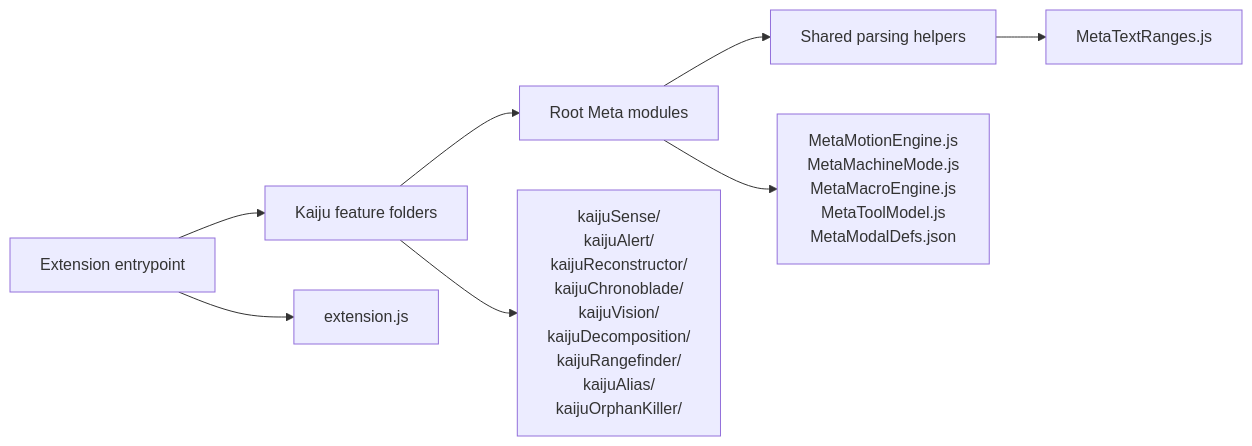
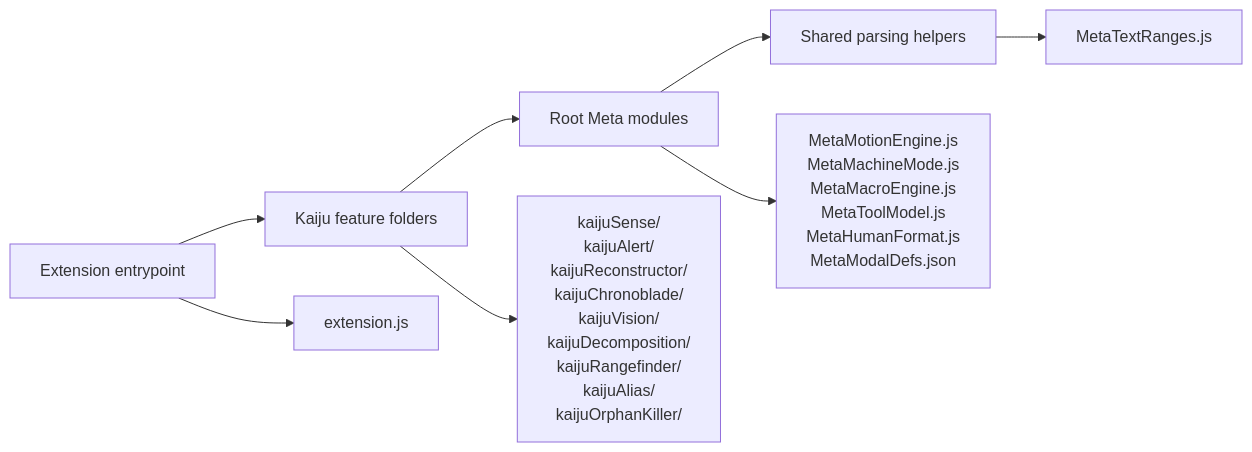
One commit to The-paulster/kaiju.nc changed the second of 2 diagrams in MODULE_DEPENDENCIES.md. Above: the diagram before and after it, drawn with Mermaid. The commit also changed other lines of this file and 12 other files, not shown here.

````diff
--- a/MODULE_DEPENDENCIES.md
+++ b/MODULE_DEPENDENCIES.md
@@ -79,16 +80,16 @@
 ```mermaid
 flowchart LR
 	entry[Extension entrypoint] --> features[Kaiju feature folders]
 	features --> meta[Root Meta modules]
 	meta --> utility[Shared parsing helpers]
 
 	entryModules["extension.js"]
 	featureModules["kaijuSense/<br/>kaijuAlert/<br/>kaijuReconstructor/<br/>kaijuChronoblade/<br/>kaijuVision/<br/>kaijuDecomposition/<br/>kaijuRangefinder/<br/>kaijuAlias/<br/>kaijuOrphanKiller/"]
-	metaModules["MetaMotionEngine.js<br/>MetaMachineMode.js<br/>MetaMacroEngine.js<br/>MetaToolModel.js<br/>MetaModalDefs.json"]
+	metaModules["MetaMotionEngine.js<br/>MetaMachineMode.js<br/>MetaMacroEngine.js<br/>MetaToolModel.js<br/>MetaHumanFormat.js<br/>MetaModalDefs.json"]
 	utilityModules["MetaTextRanges.js"]
 
 	entry --> entryModules
 	features --> featureModules
 	meta --> metaModules
 	utility --> utilityModules
 ```
````
